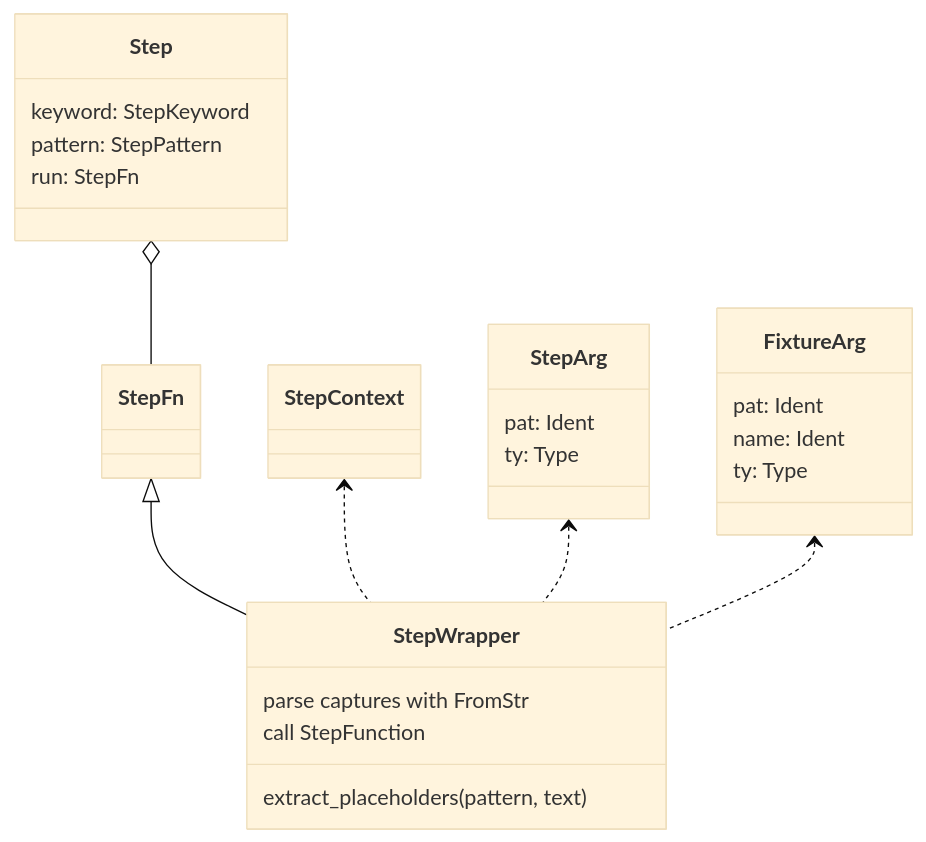
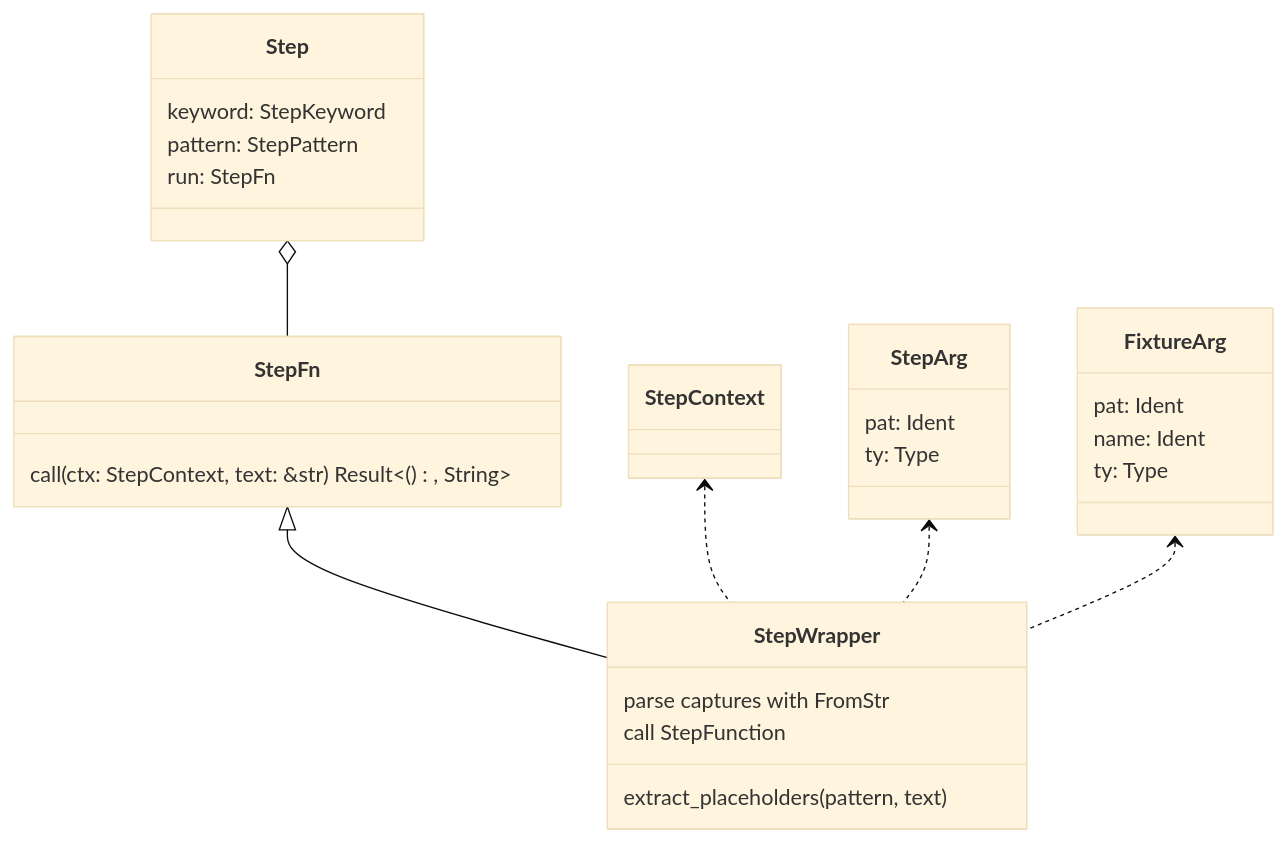
The first of 3 diagrams in docs/rstest-bdd-design.md (leynos/rstest-bdd), drawn with Mermaid (base theme) before and after one commit. The commit also changed other lines of this file and 4 other files, not shown here.

Commit message:
Propagate step errors with Result

````diff
--- a/docs/rstest-bdd-design.md
+++ b/docs/rstest-bdd-design.md
@@ -447,29 +447,31 @@
 ```mermaid
 classDiagram
     class StepContext {
     }
     class StepArg {
         pat: Ident
         ty: Type
     }
     class FixtureArg {
         pat: Ident
         name: Ident
         ty: Type
     }
     class Step {
         keyword: StepKeyword
         pattern: StepPattern
         run: StepFn
     }
-    class StepFn
+    class StepFn {
+        call(ctx: StepContext, text: &str) Result<(), String>
+    }
     class StepWrapper
     StepWrapper : extract_placeholders(pattern, text)
     StepWrapper : parse captures with FromStr
     StepWrapper : call StepFunction
     StepFn <|-- StepWrapper
     StepContext <.. StepWrapper
     StepArg <.. StepWrapper
     FixtureArg <.. StepWrapper
     Step o-- StepFn
 ```
````
